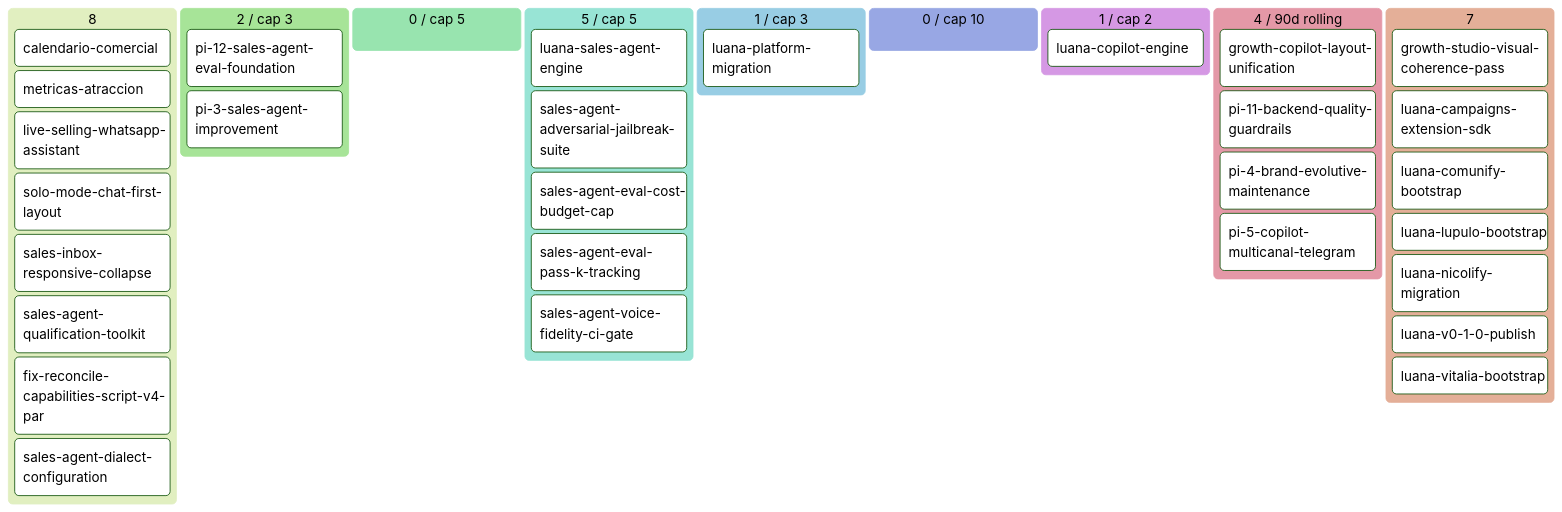
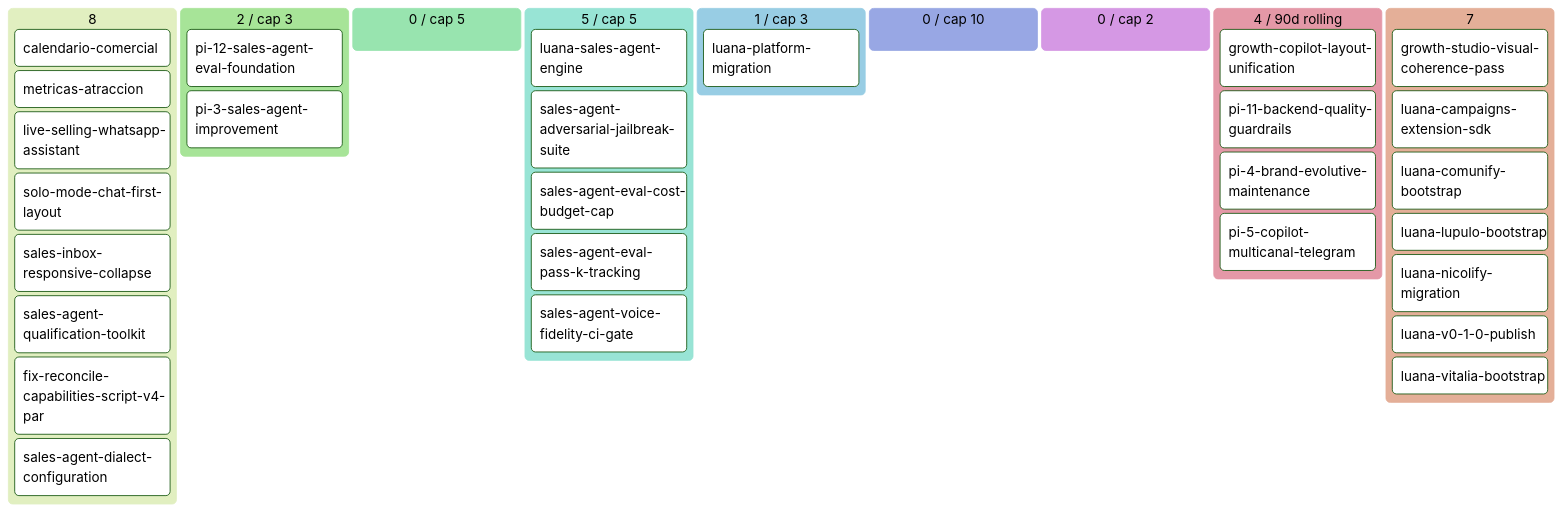
One commit to alpacapurpura/ap_sales_agent changed the diagram in docs/product/BACKLOG.md. Above: the diagram before and after it, drawn with Mermaid (forest theme). The commit also changed other lines of this file and 46 other files, not shown here.

First line of the commit message:
feat(luana-platform): close Story 6 luana-copilot-engine DONE + archive

````diff
--- a/docs/product/BACKLOG.md
+++ b/docs/product/BACKLOG.md
@@ -65,40 +65,39 @@
 ```mermaid
 kanban
   💡 Ideas (8)
     calendario-comercial[calendario-comercial]
     metricas-atraccion[metricas-atraccion]
     live-selling-whatsapp-assistan[live-selling-whatsapp-assistant]
     solo-mode-chat-first-layout[solo-mode-chat-first-layout]
     sales-inbox-responsive-collaps[sales-inbox-responsive-collapse]
     sales-agent-qualification-tool[sales-agent-qualification-toolkit]
     fix-reconcile-capabilities-scr[fix-reconcile-capabilities-script-v4-par]
     sales-agent-dialect-configurat[sales-agent-dialect-configuration]
   🔬 Refining (2 / cap 3)
     pi-12-sales-agent-eval-foundat[pi-12-sales-agent-eval-foundation]
     pi-3-sales-agent-improvement[pi-3-sales-agent-improvement]
   ✅ Refined (0 / cap 5)
   📦 Ready (5 / cap 5)
     luana-sales-agent-engine[luana-sales-agent-engine]
     sales-agent-adversarial-jailbr[sales-agent-adversarial-jailbreak-suite]
     sales-agent-eval-cost-budget-c[sales-agent-eval-cost-budget-cap]
     sales-agent-eval-pass-k-tracki[sales-agent-eval-pass-k-tracking]
     sales-agent-voice-fidelity-ci-[sales-agent-voice-fidelity-ci-gate]
   🔨 Developing (1 / cap 3)
     luana-platform-migration[luana-platform-migration]
   🧪 Developed (0 / cap 10)
-  🔍 Reviewing (1 / cap 2)
-    luana-copilot-engine[luana-copilot-engine]
+  🔍 Reviewing (0 / cap 2)
   ✅ Done (4 / 90d rolling)
     growth-copilot-layout-unificat[growth-copilot-layout-unification]
     pi-11-backend-quality-guardrai[pi-11-backend-quality-guardrails]
     pi-4-brand-evolutive-maintenan[pi-4-brand-evolutive-maintenance]
     pi-5-copilot-multicanal-telegr[pi-5-copilot-multicanal-telegram]
   🅿 Parked (7)
     growth-studio-visual-coherence[growth-studio-visual-coherence-pass]
     luana-campaigns-extension-sdk[luana-campaigns-extension-sdk]
     luana-comunify-bootstrap[luana-comunify-bootstrap]
     luana-lupulo-bootstrap[luana-lupulo-bootstrap]
     luana-nicolify-migration[luana-nicolify-migration]
     luana-v0-1-0-publish[luana-v0-1-0-publish]
     luana-vitalia-bootstrap[luana-vitalia-bootstrap]
 ```
````
